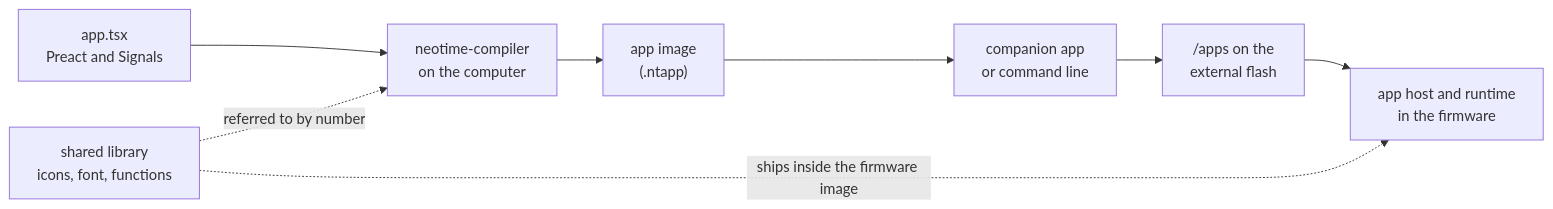
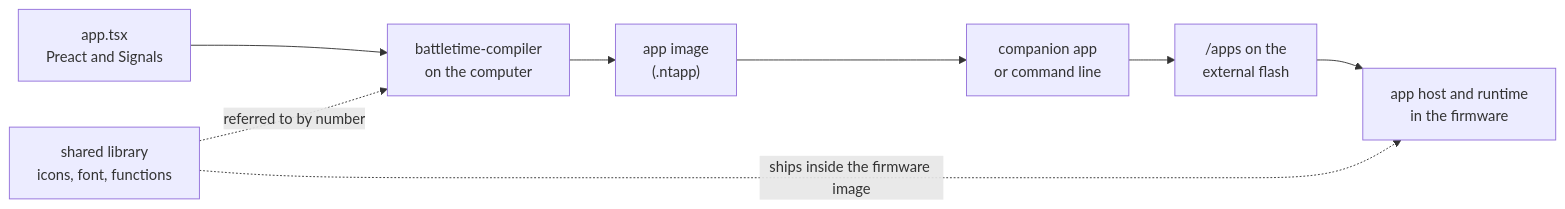
Before and after one commit to BeatLink/BattleTime: the diagram in docs/writing-apps.md, drawn with Mermaid. The commit also changed other lines of this file and 1595 other files, not shown here.

````diff
--- a/docs/writing-apps.md
+++ b/docs/writing-apps.md
@@ -13,14 +13,14 @@
 ```mermaid
 flowchart LR
     source["app.tsx<br/>Preact and Signals"]
-    compiler["neotime-compiler<br/>on the computer"]
+    compiler["battletime-compiler<br/>on the computer"]
     image["app image<br/>(.ntapp)"]
     companion["companion app<br/>or command line"]
     flash["/apps on the<br/>external flash"]
     runtime["app host and runtime<br/>in the firmware"]
     library["shared library<br/>icons, font, functions"]
 
     source --> compiler --> image --> companion --> flash --> runtime
     library -. "referred to by number" .-> compiler
     library -. "ships inside the firmware image" .-> runtime
 ```
````
